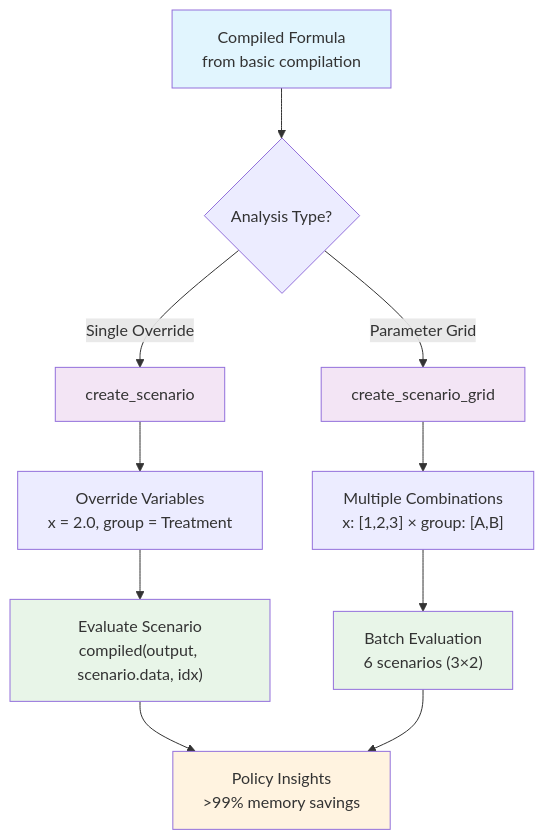
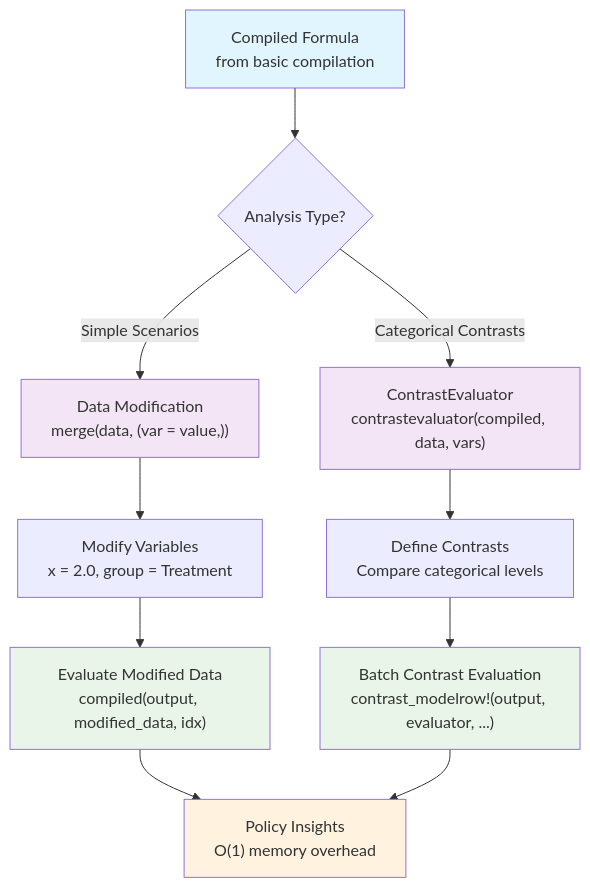
The diagram in docs/src/assets/src_guide_scenarios_diagram_5.mmd (emfeltham/FormulaCompiler.jl), drawn with Mermaid before and after one commit. The commit also changed 11 other files, not shown here.

Commit message:
docs: diagrams

```diff
--- a/docs/src/assets/src_guide_scenarios_diagram_5.mmd
+++ b/docs/src/assets/src_guide_scenarios_diagram_5.mmd
@@ -1,20 +1,20 @@
 flowchart TD
     A["Compiled Formula<br>from basic compilation"] --> B{Analysis Type?}
-    B -->|Single Override| C["create_scenario"]
-    B -->|Parameter Grid| D["create_scenario_grid"]
-    
-    C --> E["Override Variables<br>x = 2.0, group = Treatment"]
-    D --> F["Multiple Combinations<br>x: [1,2,3] × group: [A,B]"]
-    
-    E --> G["Evaluate Scenario<br>compiled(output, scenario.data, idx)"]
-    F --> H["Batch Evaluation<br>6 scenarios (3×2)"]
-    
-    G --> I["Policy Insights<br>>99% memory savings"]
+    B -->|Simple Scenarios| C["Data Modification<br>merge(data, (var = value,))"]
+    B -->|Categorical Contrasts| D["ContrastEvaluator<br>contrastevaluator(compiled, data, vars)"]
+
+    C --> E["Modify Variables<br>x = 2.0, group = Treatment"]
+    D --> F["Define Contrasts<br>Compare categorical levels"]
+
+    E --> G["Evaluate Modified Data<br>compiled(output, modified_data, idx)"]
+    F --> H["Batch Contrast Evaluation<br>contrast_modelrow!(output, evaluator, ...)"]
+
+    G --> I["Policy Insights<br>O(1) memory overhead"]
     H --> I
-    
+
     style A fill:#e1f5fe
     style C fill:#f3e5f5
     style D fill:#f3e5f5
     style G fill:#e8f5e8
     style H fill:#e8f5e8
     style I fill:#fff3e0
```
